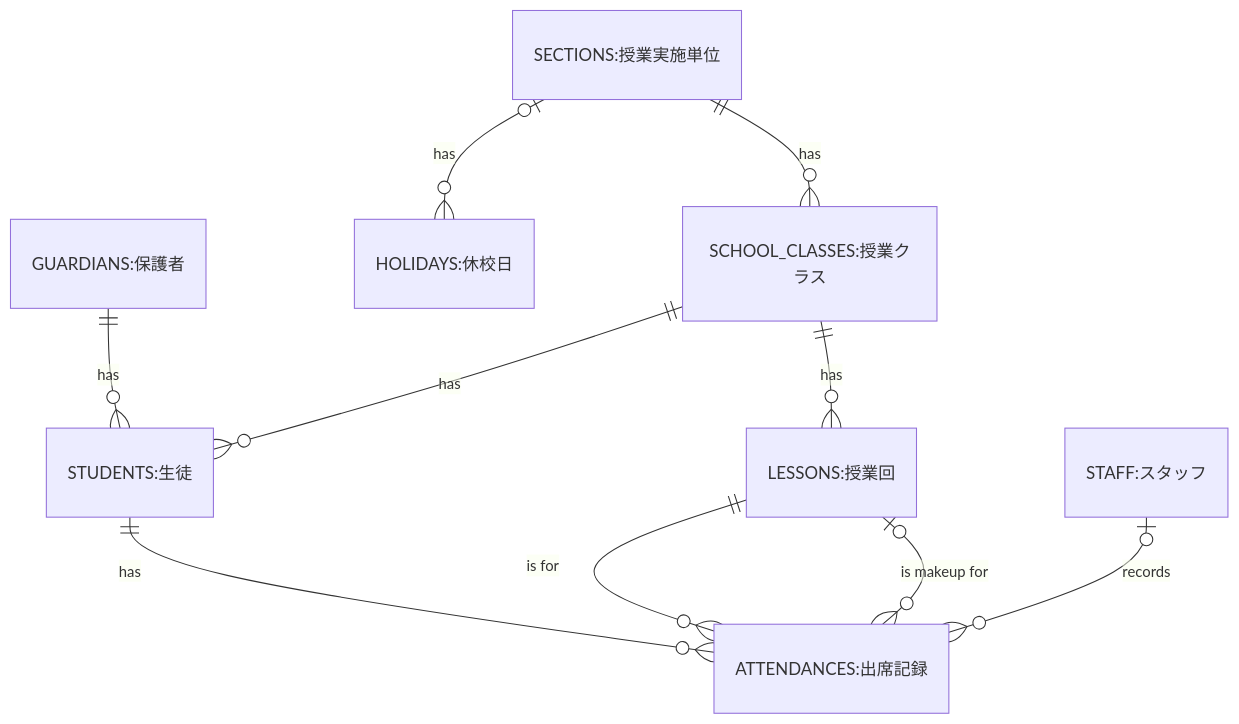
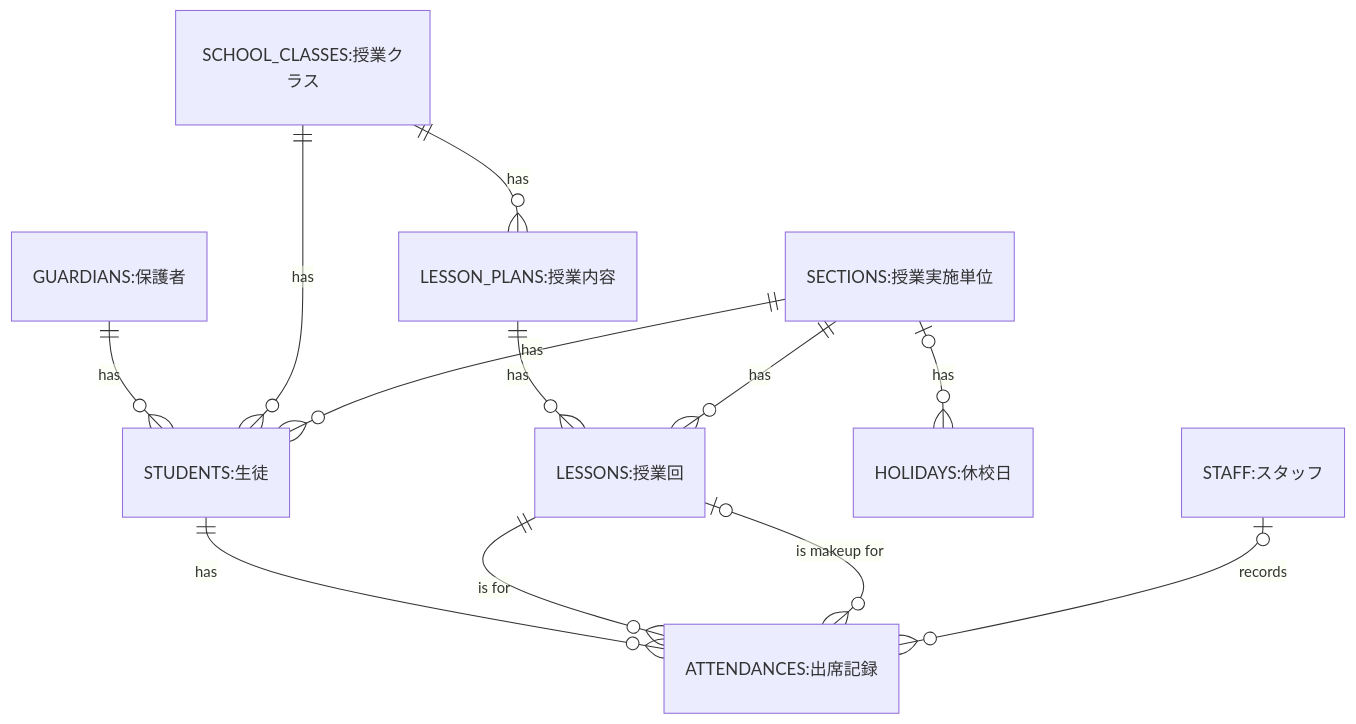
One commit to yamanoha-taishi/programming-school-attendance changed the diagram in docs/design/テーブル定義書.md. Above: the diagram before and after it, drawn with Mermaid. The commit also changed other lines of this file and 11 other files, not shown here.

````diff
--- a/docs/design/テーブル定義書.md
+++ b/docs/design/テーブル定義書.md
@@ -139,22 +152,25 @@
 ```mermaid
 
 erDiagram
   GUARDIANS["GUARDIANS:保護者"] {}
   STUDENTS["STUDENTS:生徒"] {}
   STAFF["STAFF:スタッフ"] {}
   HOLIDAYS["HOLIDAYS:休校日"] {}
   SCHOOL_CLASSES["SCHOOL_CLASSES:授業クラス"] {}
   LESSONS["LESSONS:授業回"] {}
+  LESSON_PLANS["LESSON_PLANS:授業内容"] {}
   SECTIONS["SECTIONS:授業実施単位"] {}
   ATTENDANCES["ATTENDANCES:出席記録"] {}
   GUARDIANS ||--o{ STUDENTS : "has"
   SCHOOL_CLASSES ||--o{ STUDENTS : "has"
   SECTIONS |o--o{ HOLIDAYS : "has"
-  SECTIONS ||--o{ SCHOOL_CLASSES : "has"
-  SCHOOL_CLASSES ||--o{ LESSONS : "has"
+  SECTIONS ||--o{ STUDENTS : "has"
+  SCHOOL_CLASSES ||--o{ LESSON_PLANS : "has"
+  LESSON_PLANS ||--o{ LESSONS : "has"
+  SECTIONS ||--o{ LESSONS : "has"
   STUDENTS ||--o{ ATTENDANCES : "has"
   LESSONS ||--o{ ATTENDANCES : "is for"
   LESSONS |o--o{ ATTENDANCES : "is makeup for"
   STAFF |o--o{ ATTENDANCES : "records"
 
 ```
````
